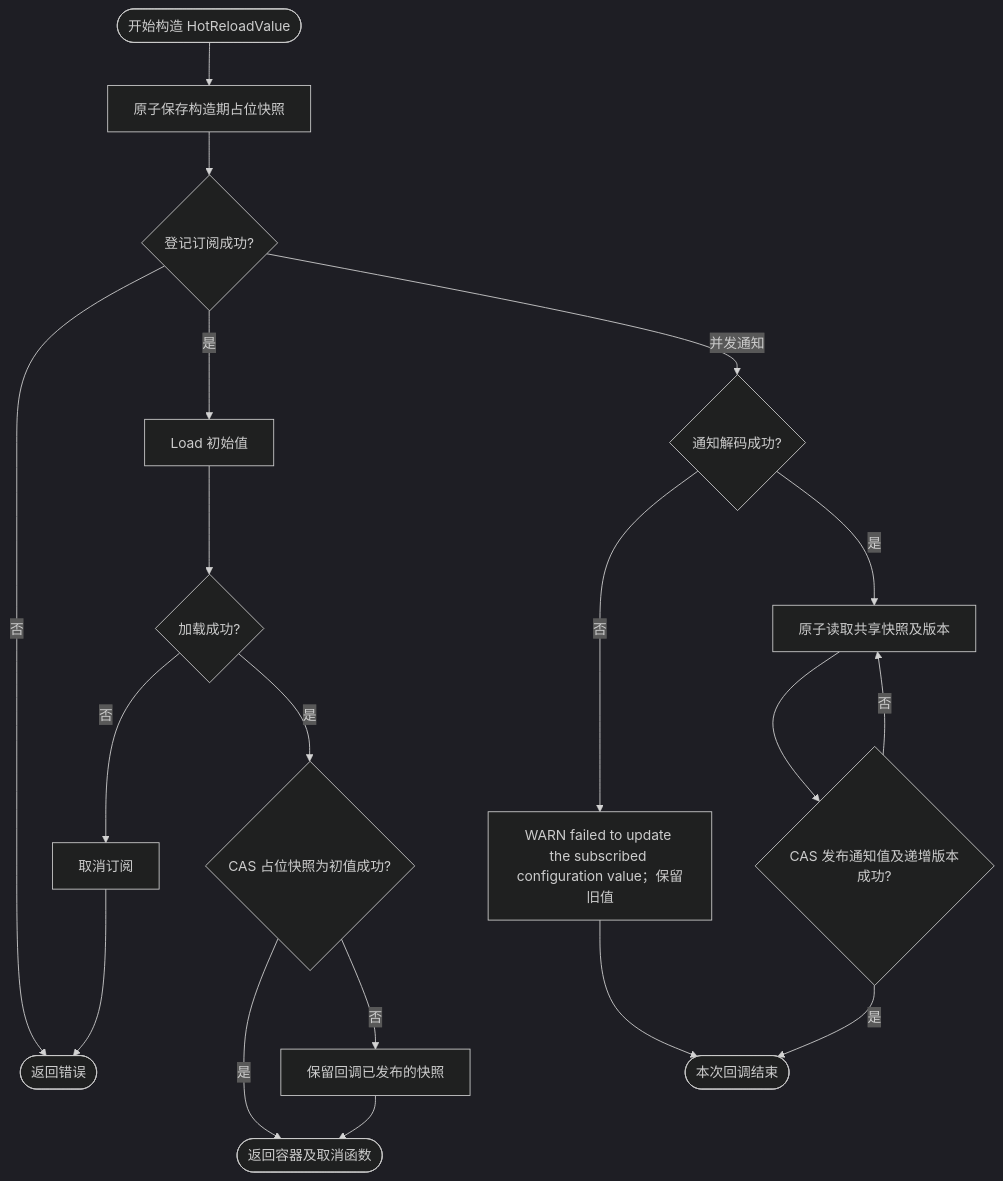
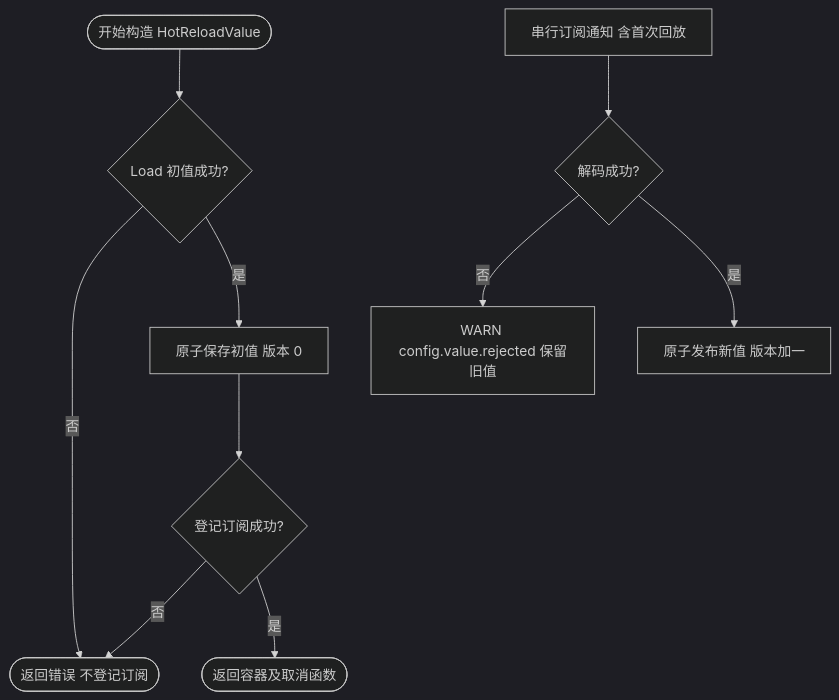
Before and after one commit to jaggerzhuang1994/kratos-foundation: the third of 4 diagrams in pkg/config/README.md, drawn with Mermaid (dark theme). The commit also changed other lines of this file and 11 other files, not shown here.

First line of the commit message:
refactor(config)!: simplify hot reload and consolidate change logs

````diff
--- a/pkg/config/README.md
+++ b/pkg/config/README.md
@@ -190,21 +193,12 @@
 ```mermaid
 flowchart TD
- A([开始构造 HotReloadValue]) --> B[原子保存构造期占位快照]
- B --> C{登记订阅成功?}
- C -- 否 --> X([返回错误])
- C -- 是 --> D[Load 初始值]
- D --> E{加载成功?}
- E -- 否 --> F[取消订阅]
- F --> X
- E -- 是 --> G{CAS 占位快照为初值成功?}
- G -- 是 --> Z([返回容器及取消函数])
- G -- 否 --> H[保留回调已发布的快照]
- H --> Z
- C -- 并发通知 --> I{通知解码成功?}
- I -- 否 --> J[WARN failed to update the subscribed configuration value；保留旧值]
- I -- 是 --> K[原子读取共享快照及版本]
- K --> L{CAS 发布通知值及递增版本成功?}
- L -- 否 --> K
- L -- 是 --> N([本次回调结束])
- J --> N
+ A([开始构造 HotReloadValue]) --> B{Load 初值成功?}
+ B -- 否 --> X([返回错误 不登记订阅])
+ B -- 是 --> C[原子保存初值 版本 0]
+ C --> D{登记订阅成功?}
+ D -- 否 --> X
+ D -- 是 --> Z([返回容器及取消函数])
+ N[串行订阅通知 含首次回放] --> I{解码成功?}
+ I -- 否 --> J[WARN config.value.rejected 保留旧值]
+ I -- 是 --> K[原子发布新值 版本加一]
 ```
````
